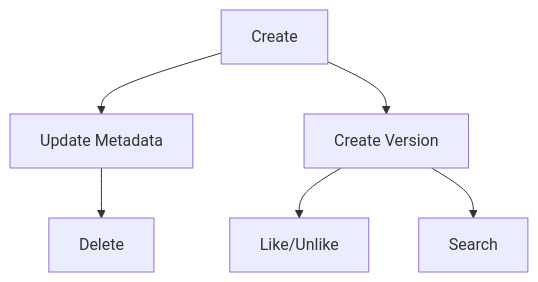
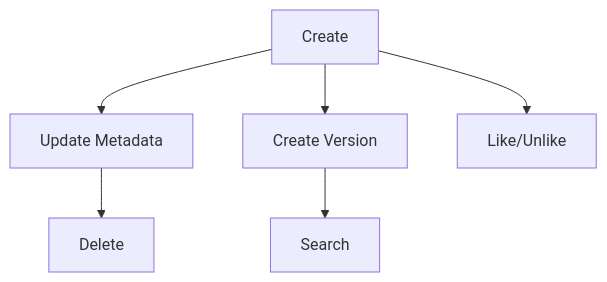
Before and after one commit to AtomiCloud/sulfone.zinc: the third of 6 diagrams in docs/developer/features/00-README.md, drawn with Mermaid. The commit also changed 31 other files, not shown here.

````diff
--- a/docs/developer/features/00-README.md
+++ b/docs/developer/features/00-README.md
@@ -81,8 +81,8 @@
 ```mermaid
 flowchart TB
     Create[Create] --> Update[Update Metadata]
     Create --> Version[Create Version]
+    Create --> Like[Like/Unlike]
     Update --> Delete[Delete]
-    Version --> Like[Like/Unlike]
     Version --> Search[Search]
 ```
````
